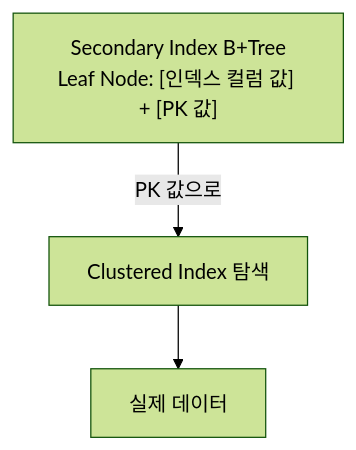
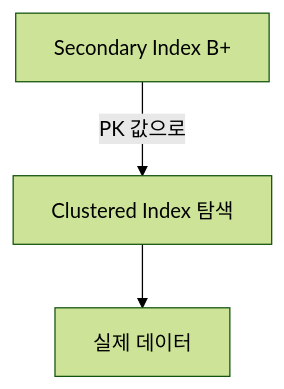
The fifth of 10 diagrams in _posts/db/2026-05-01-db-internals.md (yjkim2015/yjkim2015.github.io), drawn with Mermaid (forest theme) before and after one commit. The commit also changed other lines of this file and 271 other files, not shown here.

First line of the commit message:
Mermaid 라벨 축소: 긴 노드 텍스트 18자 이하로 트림 + \n 제거

````diff
--- a/_posts/db/2026-05-01-db-internals.md
+++ b/_posts/db/2026-05-01-db-internals.md
@@ -167,5 +167,5 @@
 ```mermaid
 graph TD
-    SI["Secondary Index B+Tree<br>Leaf Node: [인덱스 컬럼 값] + [PK 값]"] -->|PK 값으로| CI[Clustered Index 탐색]
+    SI["Secondary Index B+"] -->|PK 값으로| CI[Clustered Index 탐색]
     CI --> RD[실제 데이터]
 ```
````
